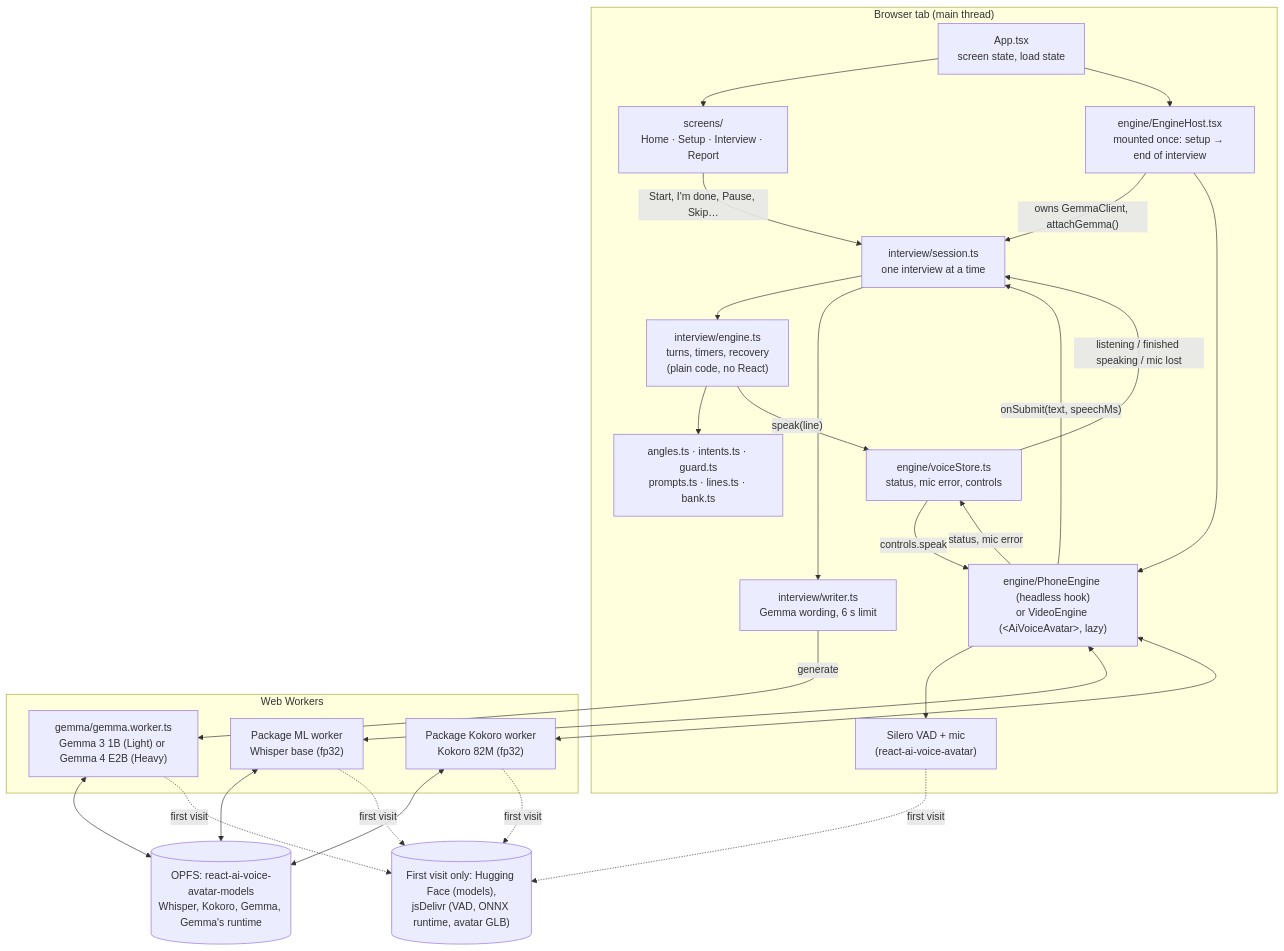
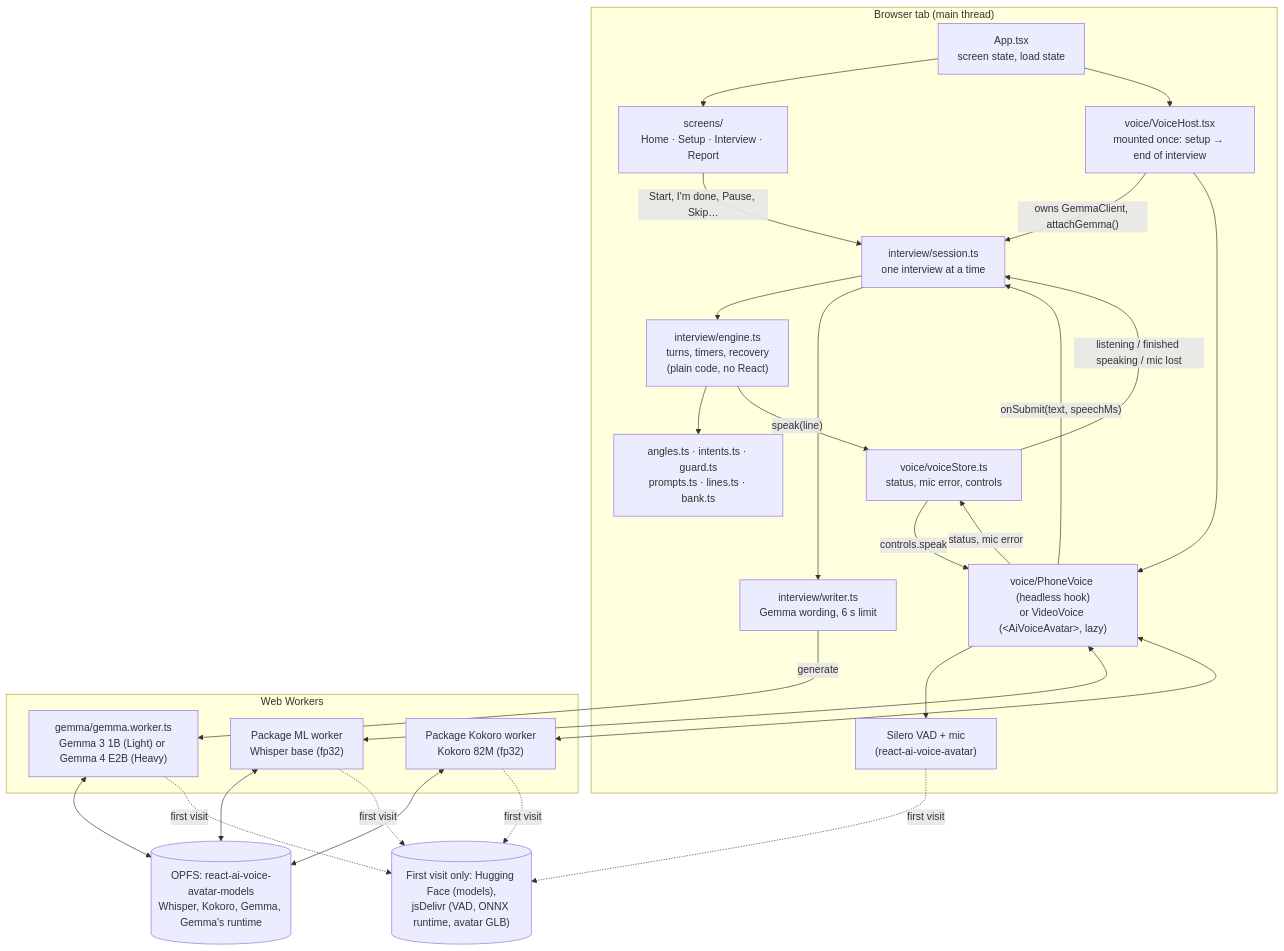
The first of 2 diagrams in docs/ARCHITECTURE.md (927tanmay/interview-room), drawn with Mermaid before and after one commit. The commit also changed other lines of this file and 19 other files, not shown here.

First line of the commit message:
Add the setup options and mic check; rename the voice engine folder

````diff
--- a/docs/ARCHITECTURE.md
+++ b/docs/ARCHITECTURE.md
@@ -12,44 +12,44 @@
 ```mermaid
 flowchart TB
   subgraph Tab["Browser tab (main thread)"]
     App["App.tsx<br/>screen state, load state"]
     Screens["screens/<br/>Home · Setup · Interview · Report"]
     Session["interview/session.ts<br/>one interview at a time"]
     Engine["interview/engine.ts<br/>turns, timers, recovery<br/>(plain code, no React)"]
     Rules["angles.ts · intents.ts · guard.ts<br/>prompts.ts · lines.ts · bank.ts"]
     Writer["interview/writer.ts<br/>Gemma wording, 6 s limit"]
-    Host["engine/EngineHost.tsx<br/>mounted once: setup → end of interview"]
-    Voice["engine/PhoneEngine (headless hook)<br/>or VideoEngine (&lt;AiVoiceAvatar&gt;, lazy)"]
-    Store["engine/voiceStore.ts<br/>status, mic error, controls"]
+    Host["voice/VoiceHost.tsx<br/>mounted once: setup → end of interview"]
+    Voice["voice/PhoneVoice (headless hook)<br/>or VideoVoice (&lt;AiVoiceAvatar&gt;, lazy)"]
+    Store["voice/voiceStore.ts<br/>status, mic error, controls"]
     VAD["Silero VAD + mic<br/>(react-ai-voice-avatar)"]
   end
 
   subgraph Workers["Web Workers"]
     ML["Package ML worker<br/>Whisper base (fp32)"]
     TTS["Package Kokoro worker<br/>Kokoro 82M (fp32)"]
     GW["gemma/gemma.worker.ts<br/>Gemma 3 1B (Light) or Gemma 4 E2B (Heavy)"]
   end
 
   OPFS[("OPFS: react-ai-voice-avatar-models<br/>Whisper, Kokoro, Gemma, Gemma's runtime")]
   CDN[("First visit only: Hugging Face (models),<br/>jsDelivr (VAD, ONNX runtime, avatar GLB)")]
 
   App --> Screens
   App --> Host
   Screens -- "Start, I'm done, Pause, Skip…" --> Session
   Session --> Engine
   Engine --> Rules
   Session --> Writer
   Writer -- "generate" --> GW
   Host -- "owns GemmaClient, attachGemma()" --> Session
   Host --> Voice
   Voice --> VAD
   Voice <--> ML
   Voice <--> TTS
   Voice -- "onSubmit(text, speechMs)" --> Session
   Engine -- "speak(line)" --> Store
   Store -- "controls.speak" --> Voice
   Voice -- "status, mic error" --> Store
   Store -- "listening / finished speaking / mic lost" --> Session
   ML & TTS & GW <--> OPFS
   ML & TTS & GW & VAD -. "first visit" .-> CDN
 ```
````
